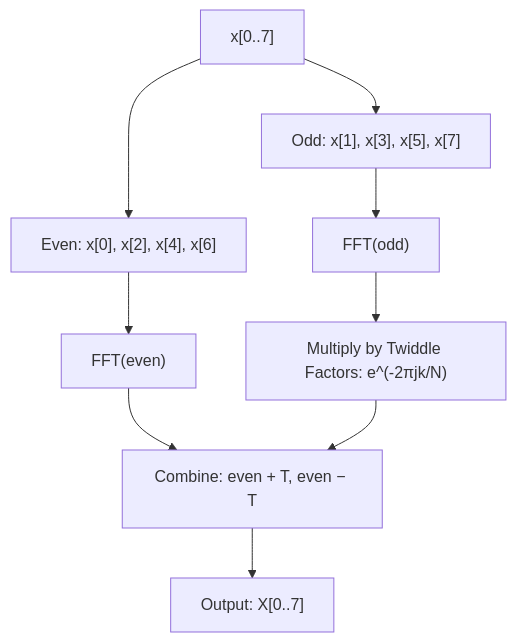
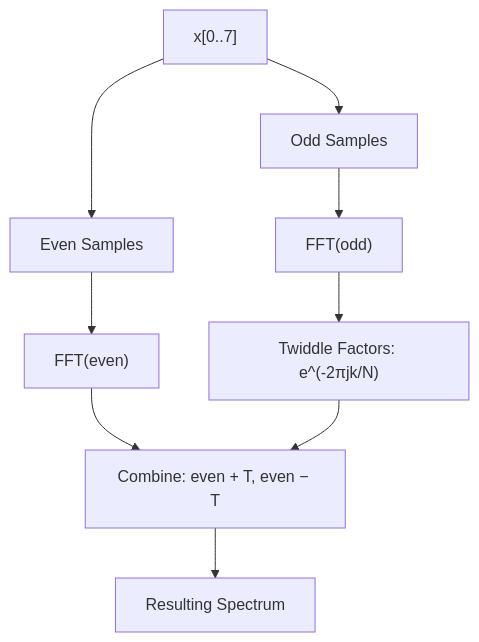
Before and after one commit to shrawan077/Audio-Steganography-project: the second of 2 diagrams in walkthrough3.md, drawn with Mermaid. The commit also changed other lines of this file and 3 other files, not shown here.

````diff
--- a/walkthrough3.md
+++ b/walkthrough3.md
@@ -50,11 +47,11 @@
 ```mermaid
 graph TD
-    X["x[0..7]"] --> E["Even: x[0], x[2], x[4], x[6]"]
-    X --> O["Odd: x[1], x[3], x[5], x[7]"]
+    X["x[0..7]"] --> E["Even Samples"]
+    X --> O["Odd Samples"]
     E --> FE["FFT(even)"]
     O --> FO["FFT(odd)"]
-    FO --> TW["Multiply by Twiddle Factors: e^(-2πjk/N)"]
+    FO --> TW["Twiddle Factors: e^(-2πjk/N)"]
     FE --> COMB["Combine: even + T, even − T"]
     TW --> COMB
-    COMB --> OUT["Output: X[0..7]"]
+    COMB --> OUT["Resulting Spectrum"]
 ```
````
